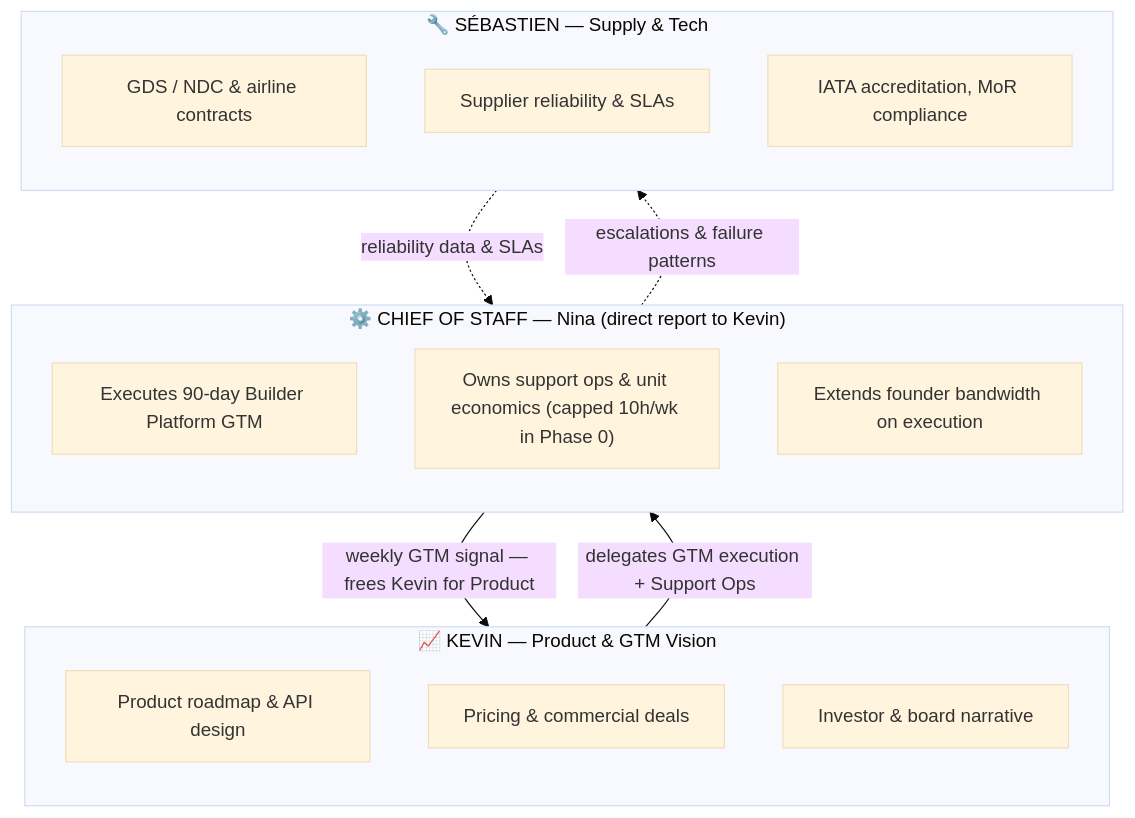
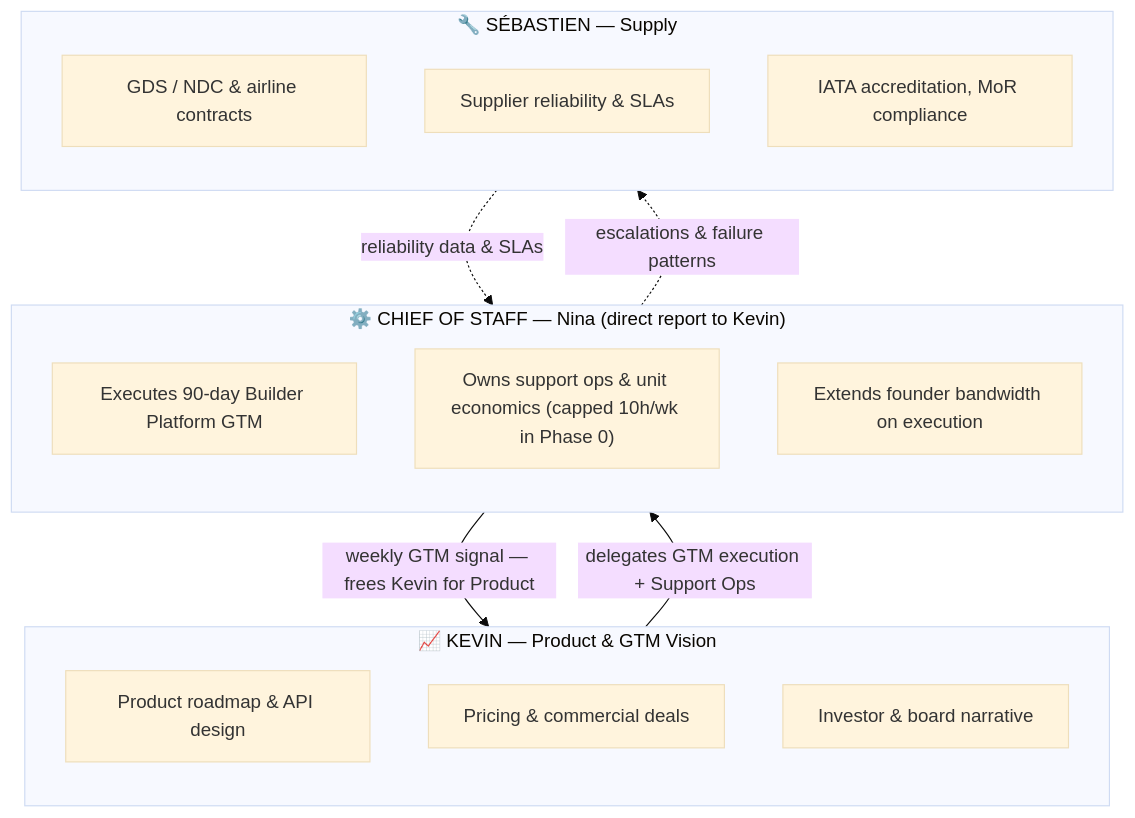
Before and after one commit to ninataba/jinko-cos: the first of 2 diagrams in CASE_STUDY.md, drawn with Mermaid (base theme). The commit also changed other lines of this file and 1 other file, not shown here.

````diff
--- a/CASE_STUDY.md
+++ b/CASE_STUDY.md
@@ -27,28 +18,28 @@
 ```mermaid
 flowchart TB
     subgraph KEV["📈 KEVIN — Product & GTM Vision"]
         direction TB
         K1["Product roadmap & API design"]
         K2["Pricing & commercial deals"]
         K3["Investor & board narrative"]
     end
 
     subgraph COS["⚙️ CHIEF OF STAFF — Nina (direct report to Kevin)"]
         direction TB
         C1["Executes 90-day Builder Platform GTM"]
         C2["Owns support ops & unit economics (capped 10h/wk in Phase 0)"]
         C3["Extends founder bandwidth on execution"]
     end
 
-    subgraph SEB["🔧 SÉBASTIEN — Supply & Tech"]
+    subgraph SEB["🔧 SÉBASTIEN — Supply"]
         direction TB
         S1["GDS / NDC & airline contracts"]
         S2["Supplier reliability & SLAs"]
         S3["IATA accreditation, MoR compliance"]
     end
 
     KEV -- "delegates GTM execution + Support Ops" --> COS
     COS -- "weekly GTM signal — frees Kevin for Product" --> KEV
     S2 -. "reliability data & SLAs" .-> COS
     COS -. "escalations & failure patterns" .-> SEB
 ```
````
